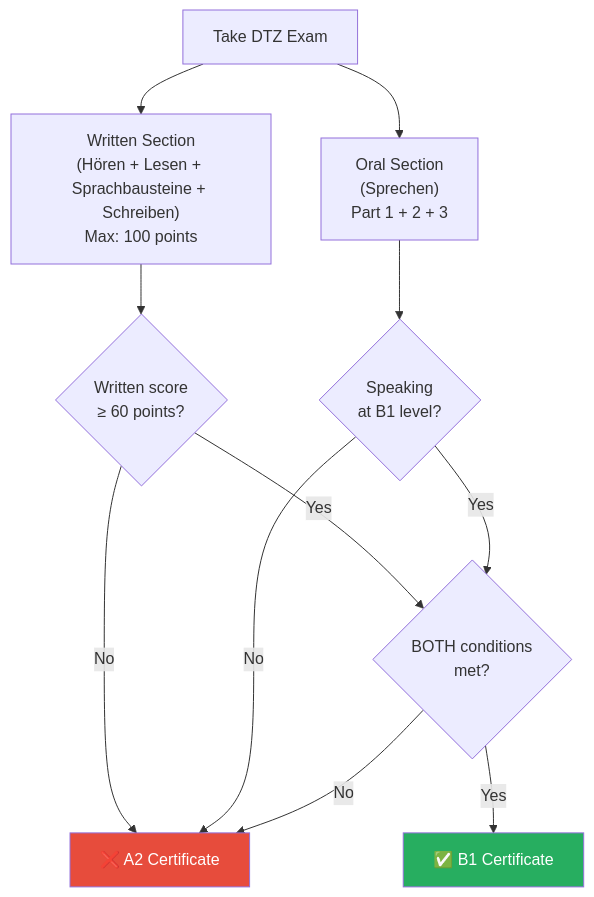
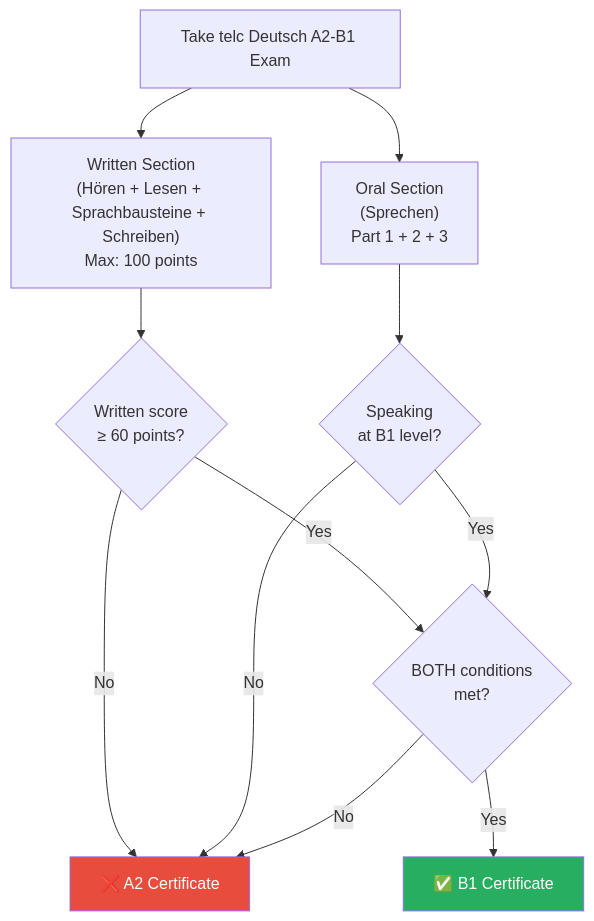
One commit to egeengin/DeutschLernen changed the diagram in TELC_B1_Preparation/telc_b1_exam_guide.md. Above: the diagram before and after it, drawn with Mermaid. The commit also changed other lines of this file and 23 other files, not shown here.

Commit message:
refactor: rename DTZ to telc Deutsch A2-B1 and inject YouTube examiner strategies + references into generated modules

````diff
--- a/TELC_B1_Preparation/telc_b1_exam_guide.md
+++ b/TELC_B1_Preparation/telc_b1_exam_guide.md
@@ -26,15 +26,15 @@
 ```mermaid
 flowchart TD
-    A["Take DTZ Exam"] --> B["Written Section\n(Hören + Lesen + Sprachbausteine + Schreiben)\nMax: 100 points"]
+    A["Take telc Deutsch A2-B1 Exam"] --> B["Written Section\n(Hören + Lesen + Sprachbausteine + Schreiben)\nMax: 100 points"]
     A --> C["Oral Section\n(Sprechen)\nPart 1 + 2 + 3"]
     B --> D{"Written score\n≥ 60 points?"}
     C --> E{"Speaking\nat B1 level?"}
     D -- No --> F["❌ A2 Certificate"]
     E -- No --> F
     D -- Yes --> G{"BOTH conditions\nmet?"}
     E -- Yes --> G
     G -- Yes --> H["✅ B1 Certificate"]
     G -- No --> F
     style H fill:#27ae60,color:#fff
     style F fill:#e74c3c,color:#fff
 ```
````
